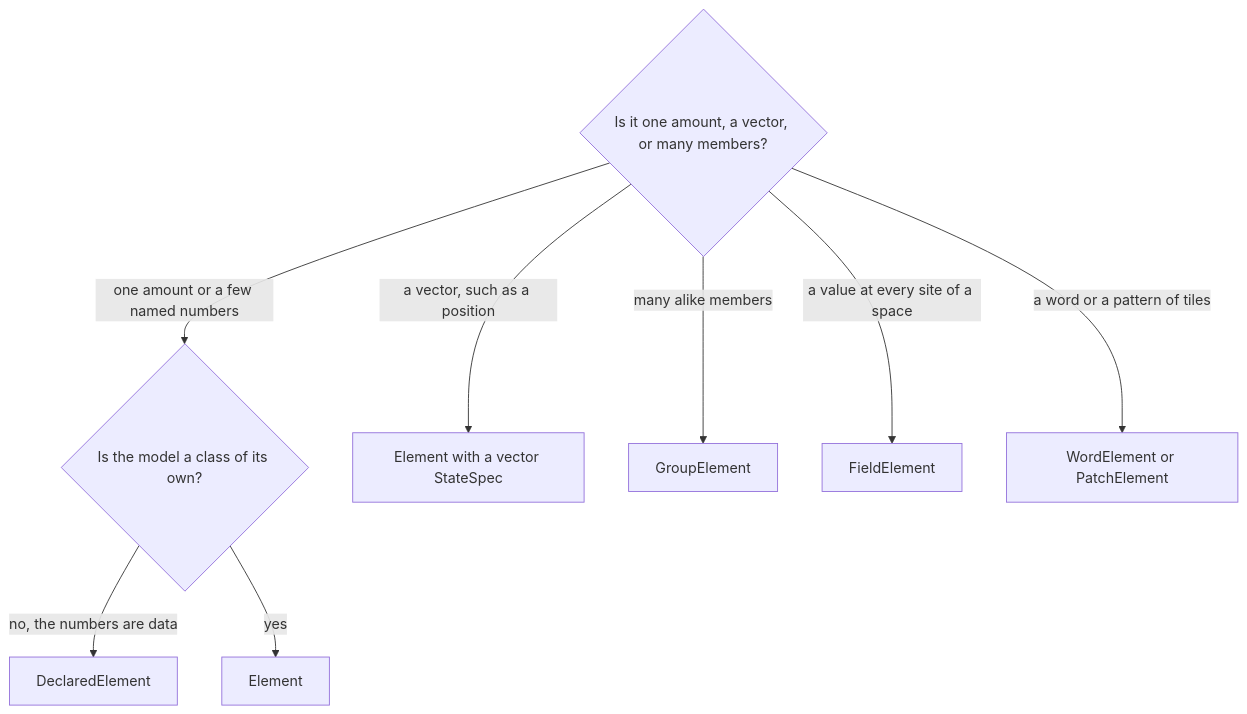
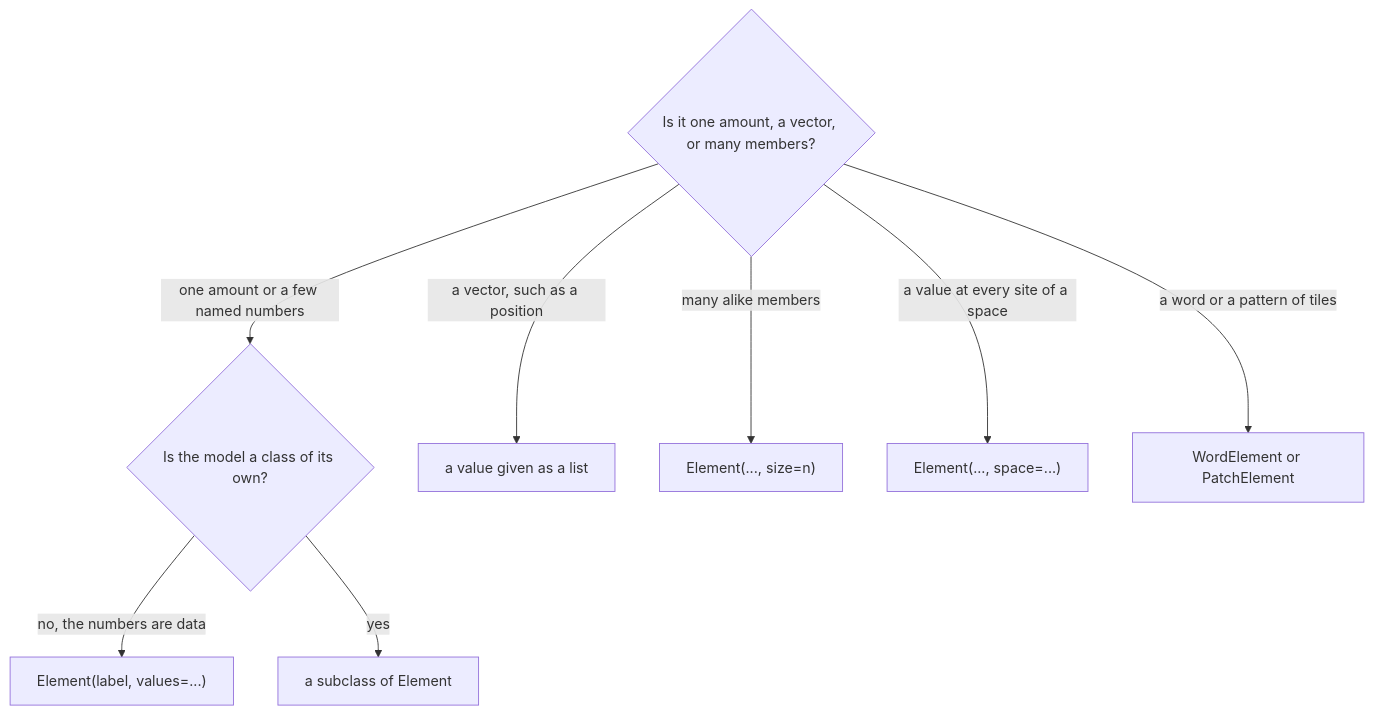
The second of 5 diagrams in docs/overview/user_guide/core_components/choosing_components.md (georgedouzas/scikit-complexity), drawn with Mermaid before and after one commit. The commit also changed other lines of this file, not shown here.

````diff
--- a/docs/overview/user_guide/core_components/choosing_components.md
+++ b/docs/overview/user_guide/core_components/choosing_components.md
@@ -48,10 +26,10 @@
 ```mermaid
 flowchart TD
     A{Is it one amount, a vector, or many members?} -->|one amount or a few named numbers| B{Is the model a class of its own?}
-    B -->|no, the numbers are data| C[DeclaredElement]
-    B -->|yes| D[Element]
-    A -->|a vector, such as a position| E[Element with a vector StateSpec]
-    A -->|many alike members| F[GroupElement]
-    A -->|a value at every site of a space| G[FieldElement]
+    B -->|no, the numbers are data| C["Element(label, values=...)"]
+    B -->|yes| D[a subclass of Element]
+    A -->|a vector, such as a position| E[a value given as a list]
+    A -->|many alike members| F["Element(..., size=n)"]
+    A -->|a value at every site of a space| G["Element(..., space=...)"]
     A -->|a word or a pattern of tiles| H[WordElement or PatchElement]
 ```
````
